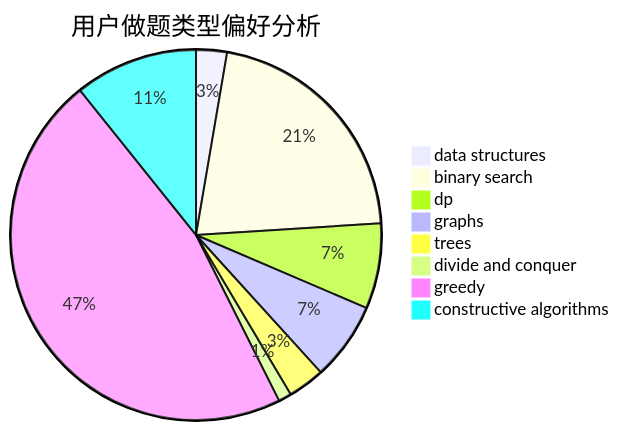
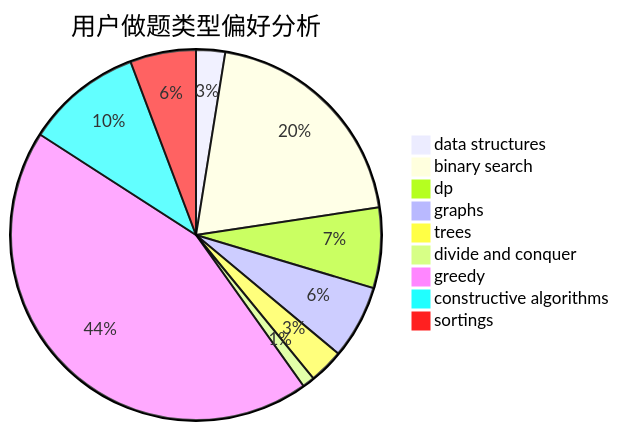
Before and after one commit to sherpahu/cfrs.github.io: the second of 3 diagrams in docs/user/u1994.md, drawn with Mermaid. The commit also changed other lines of this file and 2769 other files, not shown here.

````diff
--- a/docs/user/u1994.md
+++ b/docs/user/u1994.md
@@ -23,11 +18,12 @@
 ```mermaid
 pie title 用户做题类型偏好分析
     "data structures" :  26
     "binary search" :  206
     "dp" :  72
     "graphs" :  66
     "trees" :  31
     "divide and conquer" :  11
     "greedy" :  451
     "constructive algorithms" :  104
+    "sortings" :  59
 ```
````
